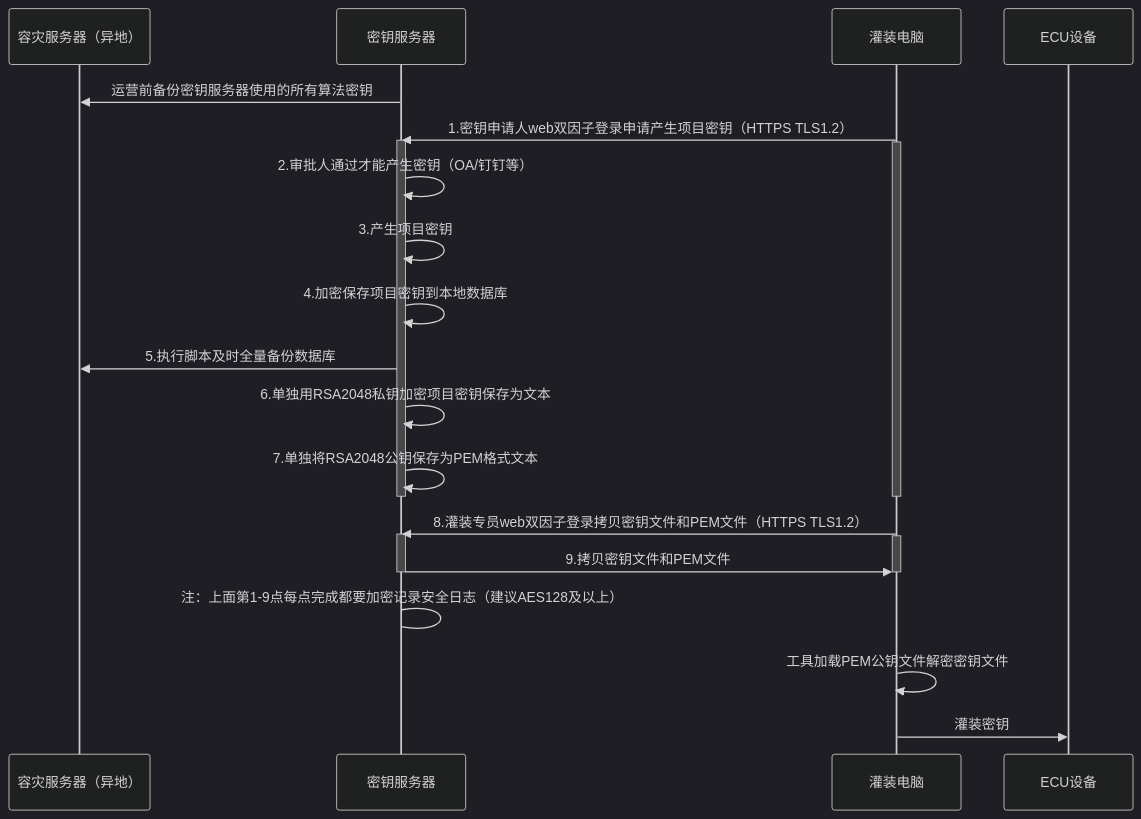
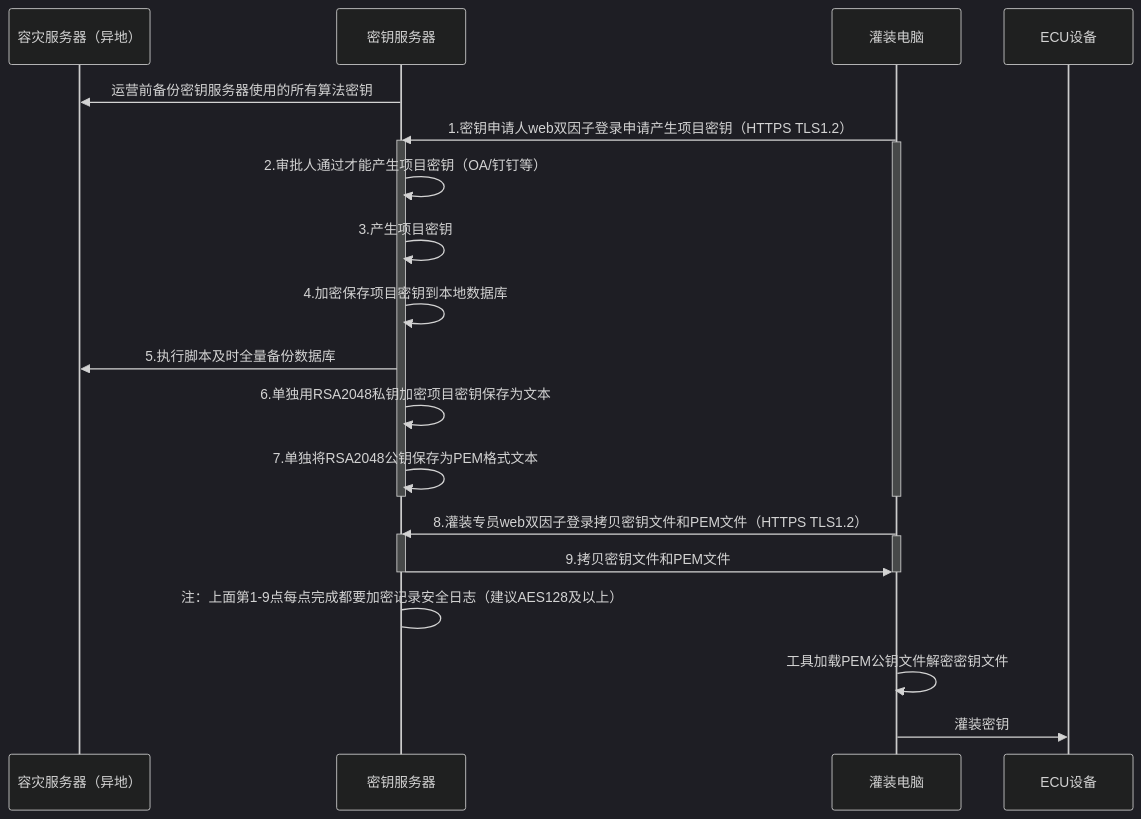
Before and after one commit to facebook-cloud/iodraw-files: the diagram in all/未命名-15.md, drawn with Mermaid (dark theme).

Commit message:
2026-02-12 16:45:36 update

````diff
--- a/all/未命名-15.md
+++ b/all/未命名-15.md
@@ -1,32 +1,32 @@
 ```mermaid
 sequenceDiagram
     participant A as 容灾服务器（异地）
     participant B as 密钥服务器
     participant D as 灌装电脑
     participant E as ECU设备
 
     B->>A: 运营前备份密钥服务器使用的所有算法密钥
     D->>B: 1.密钥申请人web双因子登录申请产生项目密钥（HTTPS TLS1.2）
     activate B
     activate D
-    B->>B: 2.审批人通过才能产生密钥（OA/钉钉等）
+    B->>B: 2.审批人通过才能产生项目密钥（OA/钉钉等）
     B->>B: 3.产生项目密钥
     B->>B: 4.加密保存项目密钥到本地数据库
     B->>A: 5.执行脚本及时全量备份数据库
     B->>B: 6.单独用RSA2048私钥加密项目密钥保存为文本
     B->>B: 7.单独将RSA2048公钥保存为PEM格式文本
     deactivate B
     deactivate D
     
     D->>B: 8.灌装专员web双因子登录拷贝密钥文件和PEM文件（HTTPS TLS1.2）
     activate B
     activate D
     B->>D: 9.拷贝密钥文件和PEM文件
     deactivate B
     deactivate D
     B->B: 注：上面第1-9点每点完成都要加密记录安全日志（建议AES128及以上）
 
     D->>D:工具加载PEM公钥文件解密密钥文件
     
     D->>E: 灌装密钥
 ```
````
